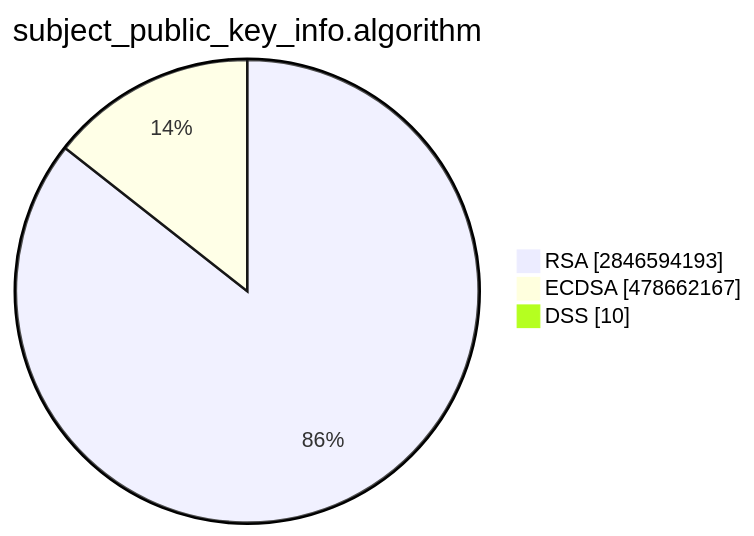
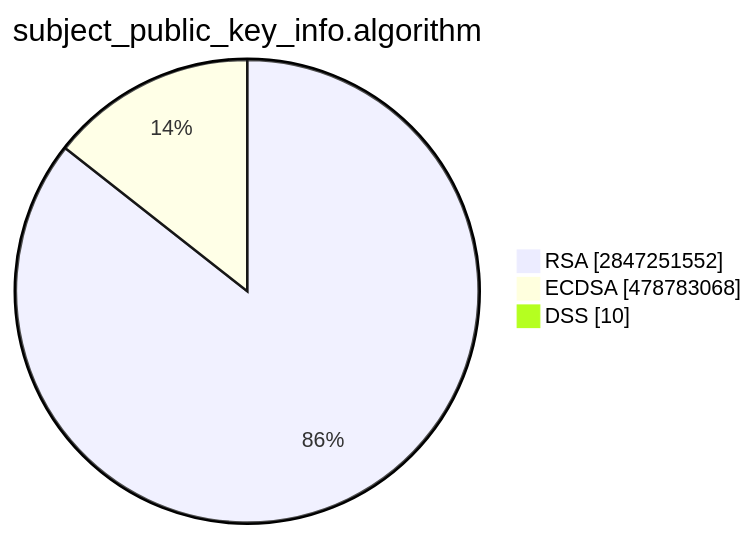
One commit to christiankrug/ctmonitor_visualization changed the second of 15 diagrams in TOTAL/README.md. Above: the diagram before and after it, drawn with Mermaid. The commit also changed other lines of this file, not shown here.

````diff
--- a/TOTAL/README.md
+++ b/TOTAL/README.md
@@ -6,7 +6,7 @@
 ```mermaid
 pie showData
 title subject_public_key_info.algorithm
-"RSA" :2846594193
-"ECDSA" :478662167
+"RSA" :2847251552
+"ECDSA" :478783068
 "DSS" :10
 ```
````
